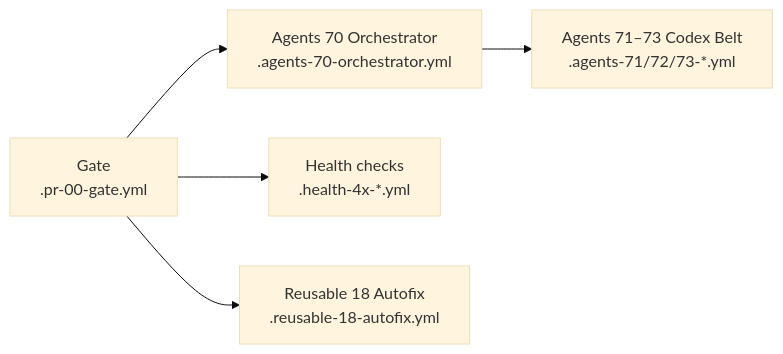
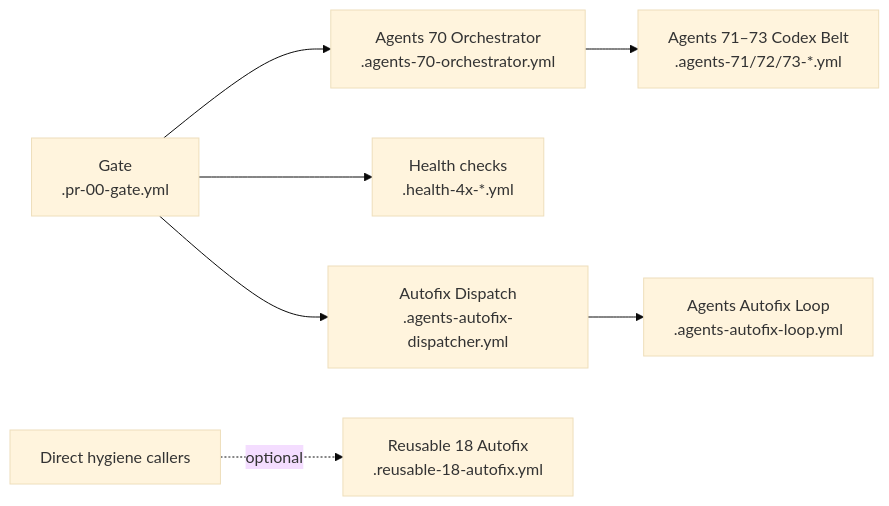
The first of 2 diagrams in docs/ci/WORKFLOWS.md (iamkayleb/Workflows), drawn with Mermaid (base theme) before and after one commit. The commit also changed other lines of this file and 1 other file, not shown here.

Commit message:
Issue #2102: align autofix workflow diagram (#2104)
Squash merge issue #2102 autofix workflow diagram alignment.

````diff
--- a/docs/ci/WORKFLOWS.md
+++ b/docs/ci/WORKFLOWS.md
@@ -10,7 +10,9 @@
 ```mermaid
 flowchart LR
     gate["Gate\n.pr-00-gate.yml"] --> agents70["Agents 70 Orchestrator\n.agents-70-orchestrator.yml"]
     gate --> healthGuard["Health checks\n.health-4x-*.yml"]
-    gate --> autofix["Reusable 18 Autofix\n.reusable-18-autofix.yml"]
+    gate --> autofixDispatch["Autofix Dispatch\n.agents-autofix-dispatcher.yml"]
+    autofixDispatch --> autofixLoop["Agents Autofix Loop\n.agents-autofix-loop.yml"]
+    directCallers["Direct hygiene callers"] -. optional .-> autofix["Reusable 18 Autofix\n.reusable-18-autofix.yml"]
     agents70 --> agentsBelt["Agents 71–73 Codex Belt\n.agents-71/72/73-*.yml"]
 ```
````
